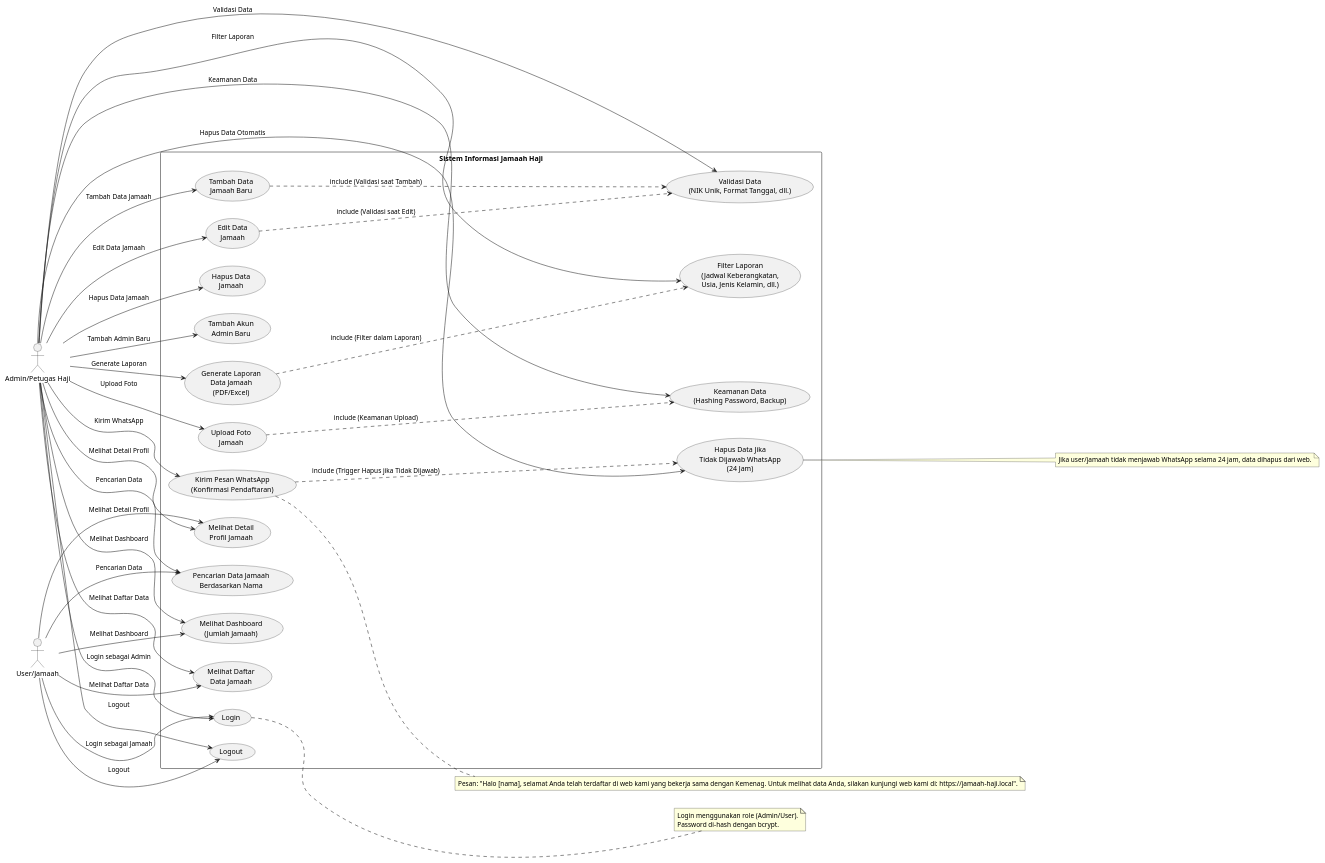
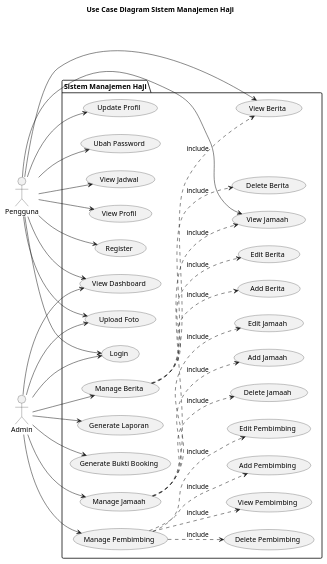
The diagram in use_case_diagram.puml (fauzirahayu/uzicom), drawn with PlantUML before and after one commit. The commit also changed 15 other files, not shown here.

Commit message:
update diagrams & delete unused files

```diff
--- a/use_case_diagram.puml
+++ b/use_case_diagram.puml
@@ -1,75 +1,85 @@
-@startuml Use Case Diagram - Sistem Informasi dan Daftar Jamaah Haji
-
+@startuml
+title Use Case Diagram Sistem Manajemen Haji
 left to right direction
 
-actor "Admin/Petugas Haji" as Admin
-actor "User/Jamaah" as Jamaah
+actor "Pengguna" as Pengguna
+actor "Admin" as Admin
 
-rectangle "Sistem Informasi Jamaah Haji" {
+package "Sistem Manajemen Haji" {
+
     usecase "Login" as UC1
-    usecase "Logout" as UC2
+    usecase "Register" as UC2
+    usecase "View Dashboard" as UC3
 
-    usecase "Melihat Dashboard\n(Jumlah Jamaah)" as UC3
-    usecase "Melihat Daftar\nData Jamaah" as UC4
-    usecase "Pencarian Data Jamaah\nBerdasarkan Nama" as UC5
-    usecase "Melihat Detail\nProfil Jamaah" as UC6
+    usecase "Manage Jamaah" as UC4
+    usecase "Add Jamaah" as UC5
+    usecase "Edit Jamaah" as UC6
+    usecase "Delete Jamaah" as UC7
+    usecase "View Jamaah" as UC8
 
-    usecase "Tambah Data\nJamaah Baru" as UC7
-    usecase "Edit Data\nJamaah" as UC8
-    usecase "Hapus Data\nJamaah" as UC9
-    usecase "Tambah Akun\nAdmin Baru" as UC10
-    usecase "Upload Foto\nJamaah" as UC11
-    usecase "Generate Laporan\nData Jamaah\n(PDF/Excel)" as UC12
-    usecase "Filter Laporan\n(Jadwal Keberangkatan,\nUsia, Jenis Kelamin, dll.)" as UC13
+    usecase "Manage Pembimbing" as UC9
+    usecase "Add Pembimbing" as UC10
+    usecase "Edit Pembimbing" as UC11
+    usecase "Delete Pembimbing" as UC12
+    usecase "View Pembimbing" as UC13
 
-    usecase "Validasi Data\n(NIK Unik, Format Tanggal, dll.)" as UC14
-    usecase "Keamanan Data\n(Hashing Password, Backup)" as UC15
-    usecase "Kirim Pesan WhatsApp\n(Konfirmasi Pendaftaran)" as UC16
-    usecase "Hapus Data Jika\nTidak Dijawab WhatsApp\n(24 Jam)" as UC17
+    usecase "Manage Berita" as UC14
+    usecase "Add Berita" as UC15
+    usecase "Edit Berita" as UC16
+    usecase "Delete Berita" as UC17
+    usecase "View Berita" as UC18
+
+    usecase "Generate Laporan" as UC19
+    usecase "Update Profil" as UC20
+    usecase "Ubah Password" as UC21
+    usecase "View Jadwal" as UC22
+    usecase "View Profil" as UC23
+    usecase "Upload Foto" as UC24
+    usecase "Generate Bukti Booking" as UC25
+
+    '
+    ' Includes
+    '
+    UC4 ..> UC5 : include
+    UC4 ..> UC6 : include
+    UC4 ..> UC7 : include
+    UC4 ..> UC8 : include
+
+    UC9 ..> UC10 : include
+    UC9 ..> UC11 : include
+    UC9 ..> UC12 : include
+    UC9 ..> UC13 : include
+
+    UC14 ..> UC15 : include
+    UC14 ..> UC16 : include
+    UC14 ..> UC17 : include
+    UC14 ..> UC18 : include
 }
 
-Admin --> UC1 : Login sebagai Admin
-Admin --> UC2 : Logout
-Admin --> UC3 : Melihat Dashboard
-Admin --> UC4 : Melihat Daftar Data
-Admin --> UC5 : Pencarian Data
-Admin --> UC6 : Melihat Detail Profil
-Admin --> UC7 : Tambah Data Jamaah
-Admin --> UC8 : Edit Data Jamaah
-Admin --> UC9 : Hapus Data Jamaah
-Admin --> UC10 : Tambah Admin Baru
-Admin --> UC11 : Upload Foto
-Admin --> UC12 : Generate Laporan
-Admin --> UC13 : Filter Laporan
-Admin --> UC14 : Validasi Data
-Admin --> UC15 : Keamanan Data
-Admin --> UC16 : Kirim WhatsApp
-Admin --> UC17 : Hapus Data Otomatis
+'
+' Admin relations
+'
+Admin --> UC1
+Admin --> UC3
+Admin --> UC4
+Admin --> UC9
+Admin --> UC14
+Admin --> UC19
+Admin --> UC24
+Admin --> UC25
 
-Jamaah --> UC1 : Login sebagai Jamaah
-Jamaah --> UC2 : Logout
-Jamaah --> UC3 : Melihat Dashboard
-Jamaah --> UC4 : Melihat Daftar Data
-Jamaah --> UC5 : Pencarian Data
-Jamaah --> UC6 : Melihat Detail Profil
-
-UC7 ..> UC14 : include (Validasi saat Tambah)
-UC8 ..> UC14 : include (Validasi saat Edit)
-UC11 ..> UC15 : include (Keamanan Upload)
-UC12 ..> UC13 : include (Filter dalam Laporan)
-UC16 ..> UC17 : include (Trigger Hapus jika Tidak Dijawab)
-
-note right of UC1
-    Login menggunakan role (Admin/User).
-    Password di-hash dengan bcrypt.
-end note
-
-note right of UC16
-    Pesan: "Halo [nama], selamat Anda telah terdaftar di web kami yang bekerja sama dengan Kemenag. Untuk melihat data Anda, silakan kunjungi web kami di: https://jamaah-haji.local".
-end note
-
-note right of UC17
-    Jika user/jamaah tidak menjawab WhatsApp selama 24 jam, data dihapus dari web.
-end note
+'
+' Pengguna relations
+'
+Pengguna --> UC1
+Pengguna --> UC2
+Pengguna --> UC3
+Pengguna --> UC8
+Pengguna --> UC18
+Pengguna --> UC20
+Pengguna --> UC21
+Pengguna --> UC22
+Pengguna --> UC23
+Pengguna --> UC24
 
 @enduml
```
